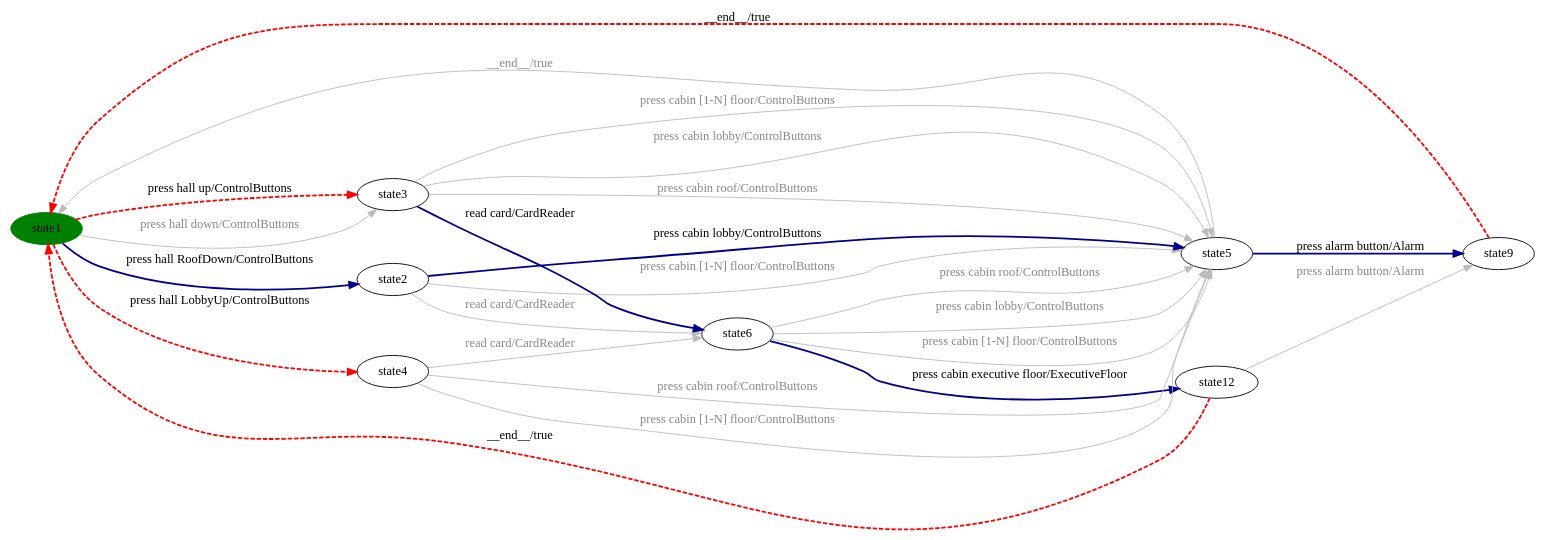
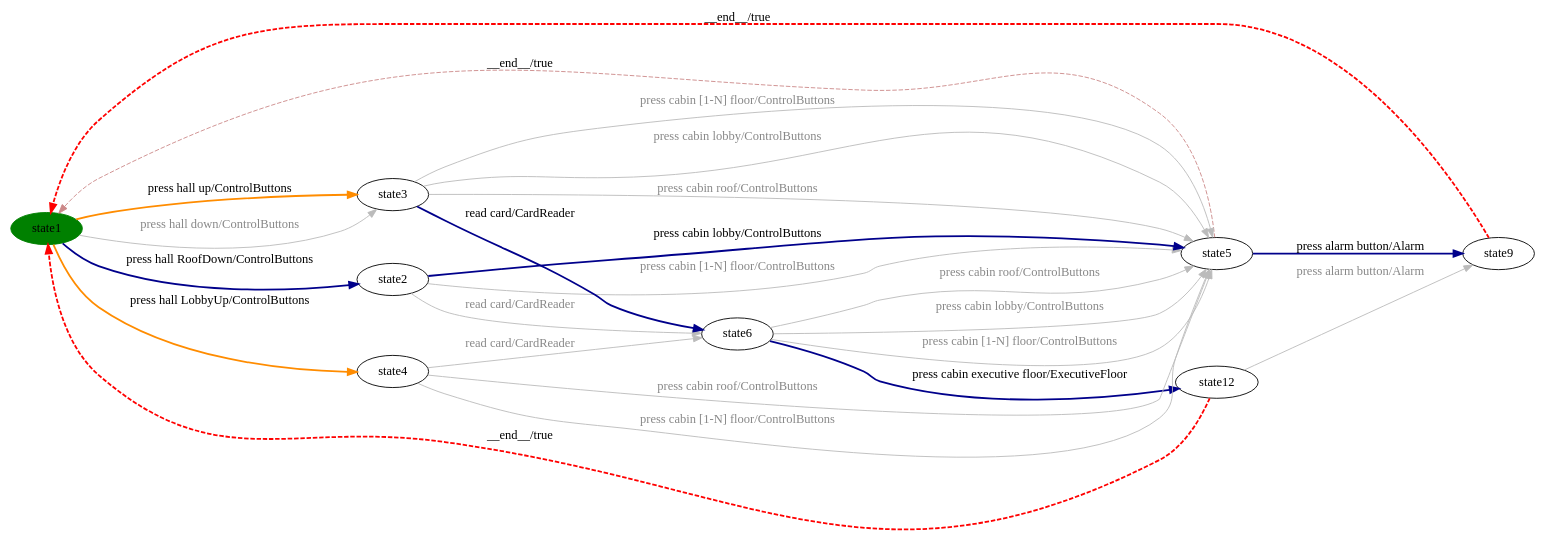
One commit to dilekozturk93/vibes changed the diagram in milestone-reports/per-product-all-states/Elevator/Elevator-product3-walk.dot. Above: the diagram before and after it, drawn with Graphviz. The commit also changed 152 other files, not shown here.

```diff
--- a/milestone-reports/per-product-all-states/Elevator/Elevator-product3-walk.dot
+++ b/milestone-reports/per-product-all-states/Elevator/Elevator-product3-walk.dot
@@ -1,34 +1,34 @@
 digraph G {
 rankdir=LR;
 state0[ label = "state1", style=filled, color=green ];
 state1 [ label = "state9" ];
 state2 [ label = "state6" ];
 state3 [ label = "state5" ];
 state4 [ label = "state12" ];
 state5 [ label = "state2" ];
 state6 [ label = "state4" ];
 state7 [ label = "state3" ];
 state2 -> state3 [ label=" press cabin lobby/ControlButtons ", color="#bbbbbb", fontcolor="#888888" ];
 state2 -> state3 [ label=" press cabin [1-N] floor/ControlButtons ", color="#bbbbbb", fontcolor="#888888" ];
 state2 -> state4 [ label=" press cabin executive floor/ExecutiveFloor ", style=bold, color=darkblue, penwidth=2 ];
 state1 -> state0 [ label=" __end__/true ", style=dashed, color=red, penwidth=2 ];
 state0 -> state5 [ label=" press hall RoofDown/ControlButtons ", style=bold, color=darkblue, penwidth=2 ];
 state4 -> state1 [ label=" press alarm button/Alarm ", color="#bbbbbb", fontcolor="#888888" ];
-state0 -> state7 [ label=" press hall up/ControlButtons ", style=dashed, color=red, penwidth=2 ];
+state0 -> state7 [ label=" press hall up/ControlButtons ", style=bold, color=darkorange, penwidth=2 ];
 state6 -> state3 [ label=" press cabin roof/ControlButtons ", color="#bbbbbb", fontcolor="#888888" ];
 state7 -> state2 [ label=" read card/CardReader ", style=bold, color=darkblue, penwidth=2 ];
 state5 -> state3 [ label=" press cabin [1-N] floor/ControlButtons ", color="#bbbbbb", fontcolor="#888888" ];
 state3 -> state1 [ label=" press alarm button/Alarm ", style=bold, color=darkblue, penwidth=2 ];
 state6 -> state3 [ label=" press cabin [1-N] floor/ControlButtons ", color="#bbbbbb", fontcolor="#888888" ];
 state2 -> state3 [ label=" press cabin roof/ControlButtons ", color="#bbbbbb", fontcolor="#888888" ];
 state7 -> state3 [ label=" press cabin lobby/ControlButtons ", color="#bbbbbb", fontcolor="#888888" ];
 state4 -> state0 [ label=" __end__/true ", style=dashed, color=red, penwidth=2 ];
 state6 -> state2 [ label=" read card/CardReader ", color="#bbbbbb", fontcolor="#888888" ];
 state7 -> state3 [ label=" press cabin roof/ControlButtons ", color="#bbbbbb", fontcolor="#888888" ];
 state5 -> state2 [ label=" read card/CardReader ", color="#bbbbbb", fontcolor="#888888" ];
 state0 -> state7 [ label=" press hall down/ControlButtons ", color="#bbbbbb", fontcolor="#888888" ];
 state5 -> state3 [ label=" press cabin lobby/ControlButtons ", style=bold, color=darkblue, penwidth=2 ];
-state0 -> state6 [ label=" press hall LobbyUp/ControlButtons ", style=dashed, color=red, penwidth=2 ];
+state0 -> state6 [ label=" press hall LobbyUp/ControlButtons ", style=bold, color=darkorange, penwidth=2 ];
 state7 -> state3 [ label=" press cabin [1-N] floor/ControlButtons ", color="#bbbbbb", fontcolor="#888888" ];
-state3 -> state0 [ label=" __end__/true ", color="#bbbbbb", fontcolor="#888888" ];
+state3 -> state0 [ label=" __end__/true ", style=dashed, color="#cc8888" ];
 }
```
